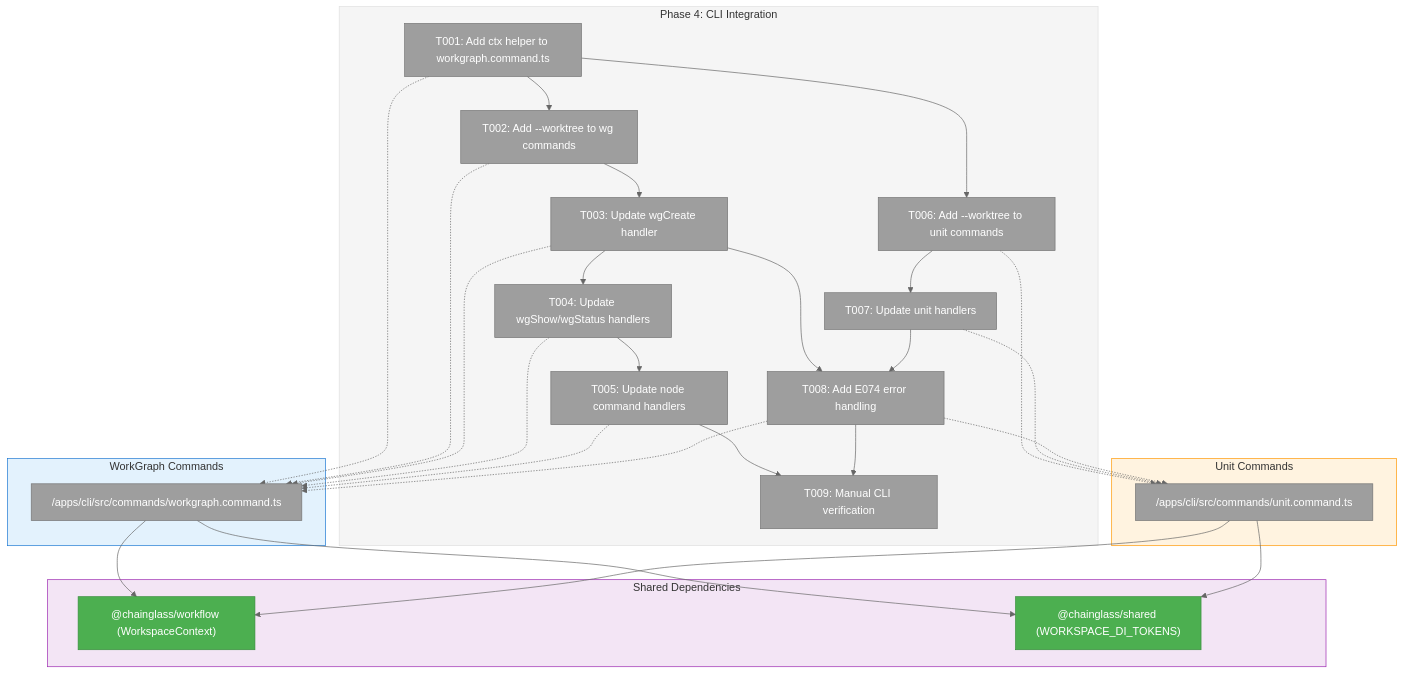
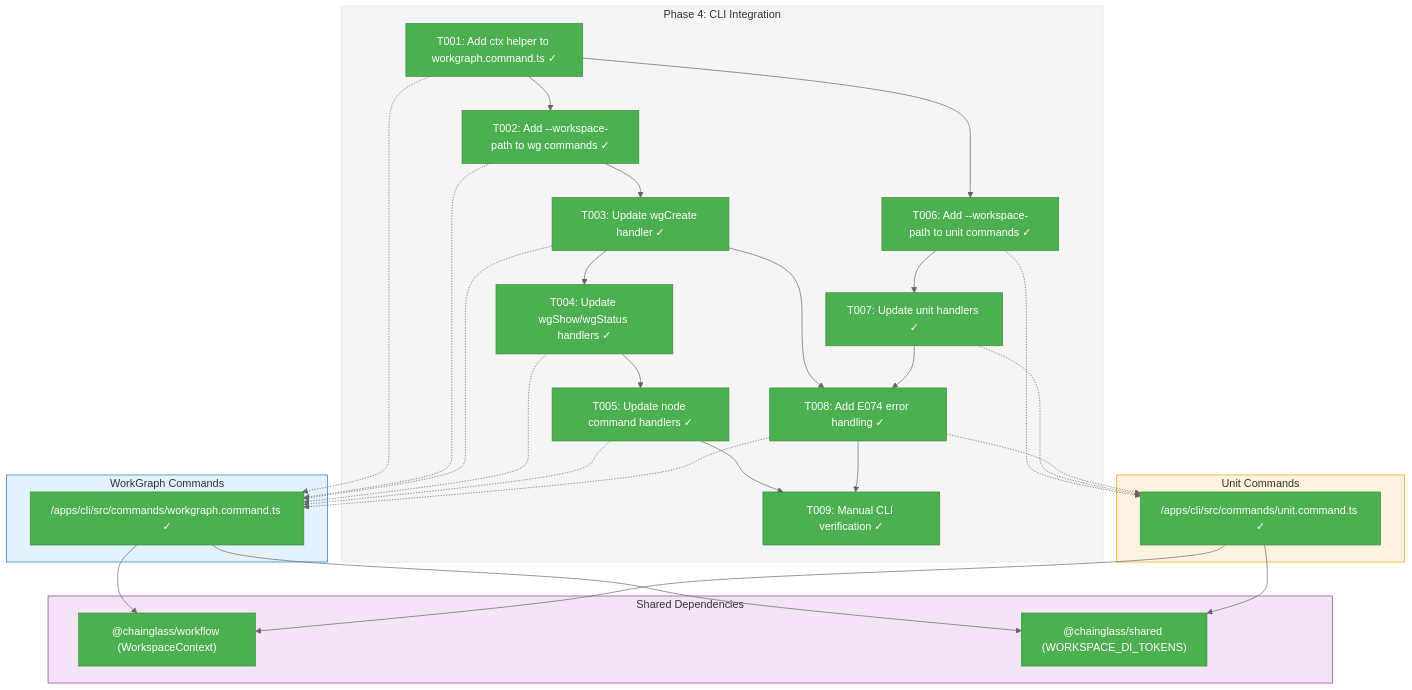
The first of 3 diagrams in docs/plans/021-workgraph-workspaces-upgrade/tasks/phase-4-cli-integration/tasks.md (AI-Substrate/chainglass), drawn with Mermaid (neutral theme) before and after one commit. The commit also changed other lines of this file and 10 other files, not shown here.

First line of the commit message:
feat(cli): Add workspace context resolution to workgraph/unit commands (Plan 021 Phase 4)

````diff
--- a/docs/plans/021-workgraph-workspaces-upgrade/tasks/phase-4-cli-integration/tasks.md
+++ b/docs/plans/021-workgraph-workspaces-upgrade/tasks/phase-4-cli-integration/tasks.md
@@ -70,60 +70,60 @@
 ```mermaid
 flowchart TD
     classDef pending fill:#9E9E9E,stroke:#757575,color:#fff
     classDef inprogress fill:#FF9800,stroke:#F57C00,color:#fff
     classDef completed fill:#4CAF50,stroke:#388E3C,color:#fff
     classDef blocked fill:#F44336,stroke:#D32F2F,color:#fff
 
     style Phase fill:#F5F5F5,stroke:#E0E0E0
     style WgCommands fill:#E3F2FD,stroke:#1976D2
     style UnitCommands fill:#FFF3E0,stroke:#FF9800
     style Shared fill:#F3E5F5,stroke:#9C27B0
 
     subgraph Phase["Phase 4: CLI Integration"]
-        T001["T001: Add ctx helper to workgraph.command.ts"]:::pending
-        T002["T002: Add --worktree to wg commands"]:::pending
-        T003["T003: Update wgCreate handler"]:::pending
-        T004["T004: Update wgShow/wgStatus handlers"]:::pending
-        T005["T005: Update node command handlers"]:::pending
-        T006["T006: Add --worktree to unit commands"]:::pending
-        T007["T007: Update unit handlers"]:::pending
-        T008["T008: Add E074 error handling"]:::pending
-        T009["T009: Manual CLI verification"]:::pending
+        T001["T001: Add ctx helper to workgraph.command.ts ✓"]:::completed
+        T002["T002: Add --workspace-path to wg commands ✓"]:::completed
+        T003["T003: Update wgCreate handler ✓"]:::completed
+        T004["T004: Update wgShow/wgStatus handlers ✓"]:::completed
+        T005["T005: Update node command handlers ✓"]:::completed
+        T006["T006: Add --workspace-path to unit commands ✓"]:::completed
+        T007["T007: Update unit handlers ✓"]:::completed
+        T008["T008: Add E074 error handling ✓"]:::completed
+        T009["T009: Manual CLI verification ✓"]:::completed
 
         T001 --> T002 --> T003
         T003 --> T004 --> T005
         T001 --> T006 --> T007
         T003 --> T008
         T007 --> T008
         T005 --> T009
         T008 --> T009
     end
 
     subgraph WgCommands["WorkGraph Commands"]
-        WG1["/apps/cli/src/commands/workgraph.command.ts"]:::pending
+        WG1["/apps/cli/src/commands/workgraph.command.ts ✓"]:::completed
     end
 
     subgraph UnitCommands["Unit Commands"]
-        UN1["/apps/cli/src/commands/unit.command.ts"]:::pending
+        UN1["/apps/cli/src/commands/unit.command.ts ✓"]:::completed
     end
 
     subgraph Shared["Shared Dependencies"]
         WS1["@chainglass/workflow (WorkspaceContext)"]:::completed
         WS2["@chainglass/shared (WORKSPACE_DI_TOKENS)"]:::completed
     end
 
     T001 -.-> WG1
     T002 -.-> WG1
     T003 -.-> WG1
     T004 -.-> WG1
     T005 -.-> WG1
     T006 -.-> UN1
     T007 -.-> UN1
     T008 -.-> WG1
     T008 -.-> UN1
 
     WG1 --> WS1
     WG1 --> WS2
     UN1 --> WS1
     UN1 --> WS2
 ```
````
